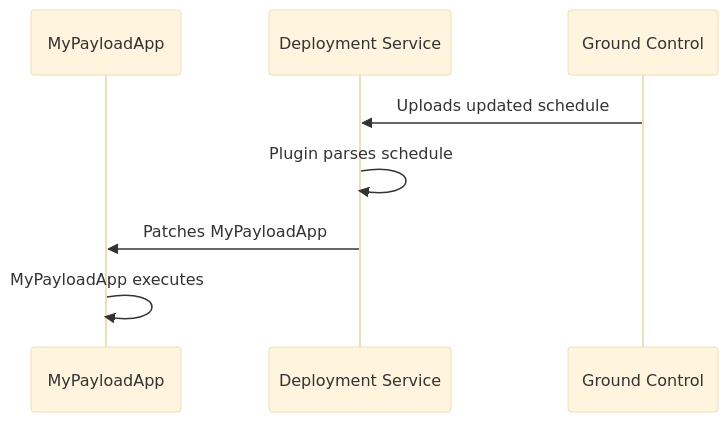
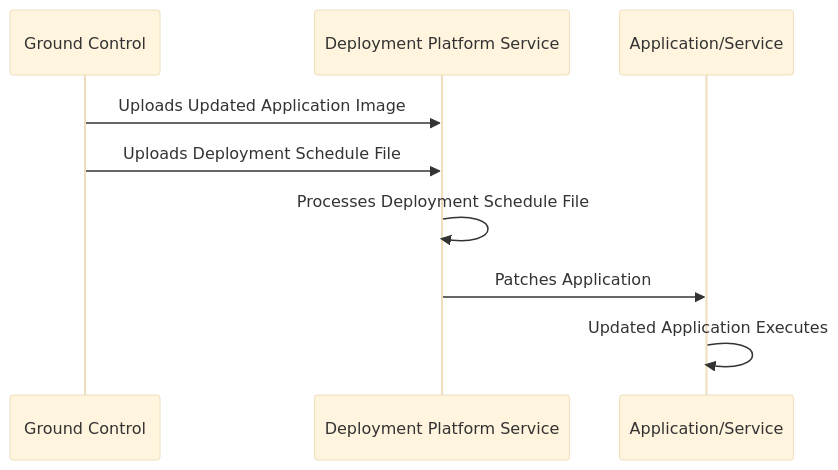
Before and after one commit to microsoft/azure-orbital-space-sdk: the second of 2 diagrams in docs/architecture/runtime-framework/platform-services/deployment.md, drawn with Mermaid (base theme). The commit also changed other lines of this file, not shown here.

Commit message:
updates deployment service documentation

````diff
--- a/docs/architecture/runtime-framework/platform-services/deployment.md
+++ b/docs/architecture/runtime-framework/platform-services/deployment.md
@@ -38,11 +43,12 @@
 ```mermaid
 sequenceDiagram
-    participant app as MyPayloadApp 
-    participant deployment as Deployment Service
     participant ground as Ground Control
+    participant deployment as Deployment Platform Service
+    participant app as Application/Service
 
-    ground     ->> deployment: Uploads updated schedule
-    deployment ->> deployment: Plugin parses schedule
-    deployment ->> app: Patches MyPayloadApp
-    app        ->> app: MyPayloadApp executes
+    ground     ->> deployment: Uploads Updated Application Image
+    ground     ->> deployment: Uploads Deployment Schedule File
+    deployment ->> deployment: Processes Deployment Schedule File
+    deployment ->> app: Patches Application
+    app        ->> app: Updated Application Executes
 ```
````
